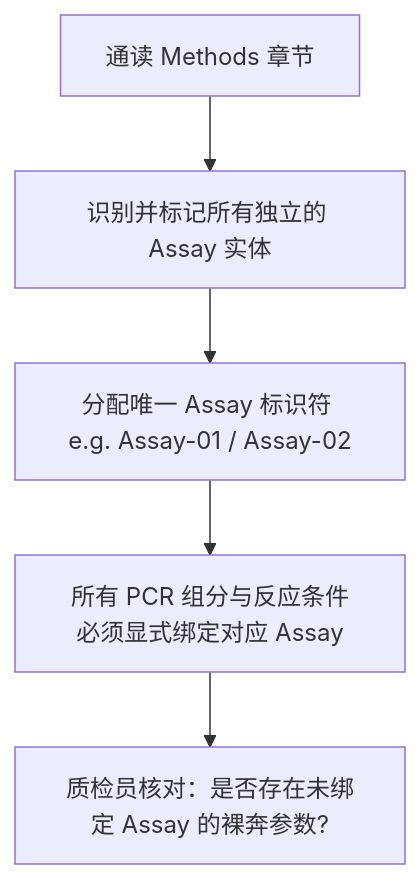
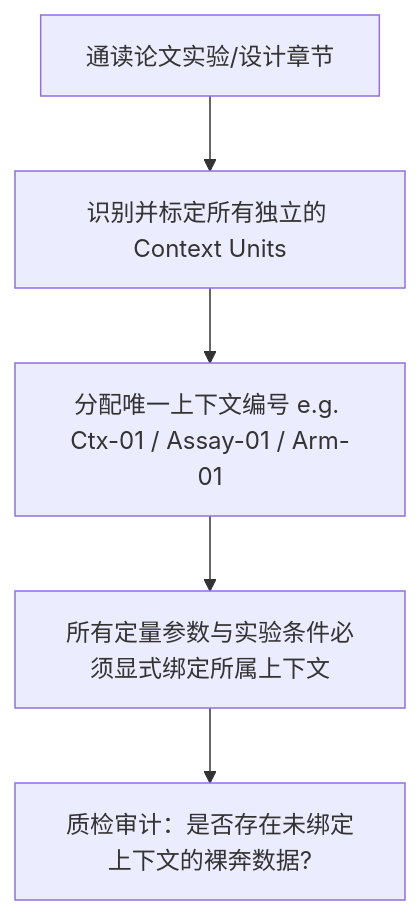
The diagram in skills/literature-evidence-extraction/references/assay_context_isolation.md (Daylily-Huang/ScholarFlow), drawn with Mermaid before and after one commit. The commit also changed other lines of this file and 31 other files, not shown here.

````diff
--- a/skills/literature-evidence-extraction/references/assay_context_isolation.md
+++ b/skills/literature-evidence-extraction/references/assay_context_isolation.md
@@ -23,7 +44,7 @@
 ```mermaid
 flowchart TD
-    Scan[通读 Methods 章节] --> Identify[识别并标记所有独立的 Assay 实体]
-    Identify --> Assign[分配唯一 Assay 标识符 e.g. Assay-01 / Assay-02]
-    Assign --> Bind[所有 PCR 组分与反应条件必须显式绑定对应 Assay]
-    Bind --> Check[质检员核对：是否存在未绑定 Assay 的裸奔参数?]
+    Scan[通读论文实验/设计章节] --> Identify[识别并标定所有独立的 Context Units]
+    Identify --> Assign[分配唯一上下文编号 e.g. Ctx-01 / Assay-01 / Arm-01]
+    Assign --> Bind[所有定量参数与实验条件必须显式绑定所属上下文]
+    Bind --> Check[质检审计：是否存在未绑定上下文的裸奔数据?]
 ```
````
